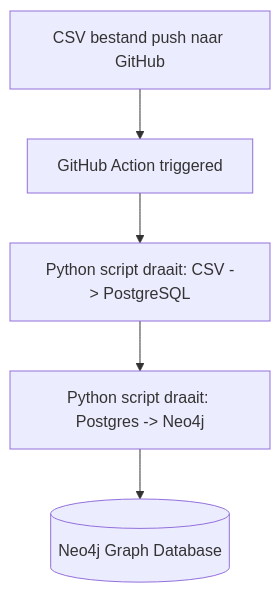
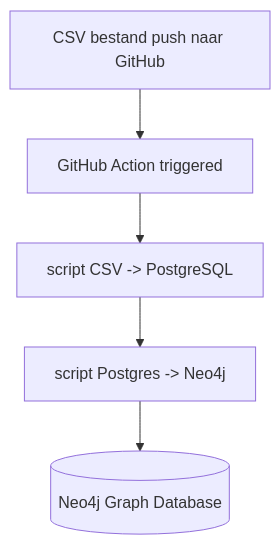
One commit to Thomas-More-Digital-Innovation/2526-MOBI-027-Database-design changed the diagram in code/Postgress/flow.md. Above: the diagram before and after it, drawn with Mermaid.

Commit message:
Update flowchart script labels in flow.md

````diff
--- a/code/Postgress/flow.md
+++ b/code/Postgress/flow.md
@@ -1,8 +1,8 @@
 ```mermaid
 flowchart TD
     A[CSV bestand push naar GitHub] --> B[GitHub Action triggered]
-    B --> C[Python script draait: CSV -> PostgreSQL]
-    C --> D[Python script draait: Postgres -> Neo4j]
+    B --> C[script CSV -> PostgreSQL]
+    C --> D[script Postgres -> Neo4j]
     D --> E[(Neo4j Graph Database)]
 
 ```
````
